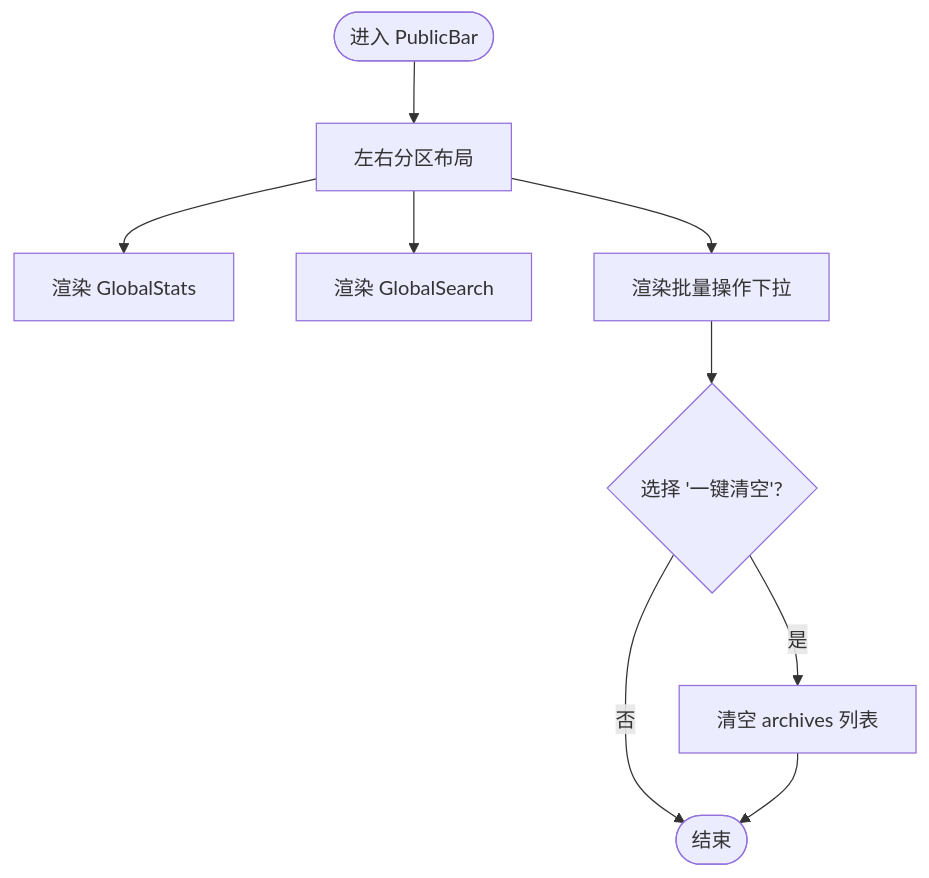
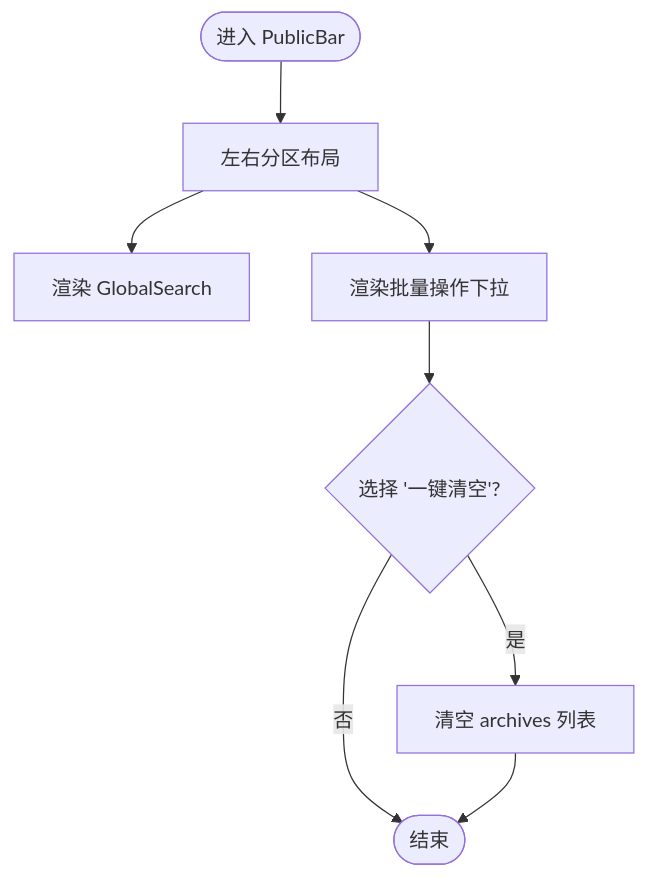
Before and after one commit to taoweidong/Hello-Tauri: the third of 7 diagrams in .qoder/repowiki/zh/content/用户界面/核心组件/公共栏组件.md, drawn with Mermaid. The commit also changed other lines of this file and 14 other files, not shown here.

````diff
--- a/.qoder/repowiki/zh/content/用户界面/核心组件/公共栏组件.md
+++ b/.qoder/repowiki/zh/content/用户界面/核心组件/公共栏组件.md
@@ -134,11 +125,10 @@
 ```mermaid
 flowchart TD
 Start(["进入 PublicBar"]) --> Layout["左右分区布局"]
-Layout --> Stats["渲染 GlobalStats"]
 Layout --> Search["渲染 GlobalSearch"]
 Layout --> Batch["渲染批量操作下拉"]
 Batch --> Clear{"选择 '一键清空'?"}
 Clear --> |是| Reset["清空 archives 列表"]
 Clear --> |否| End(["结束"])
 Reset --> End
 ```
````
